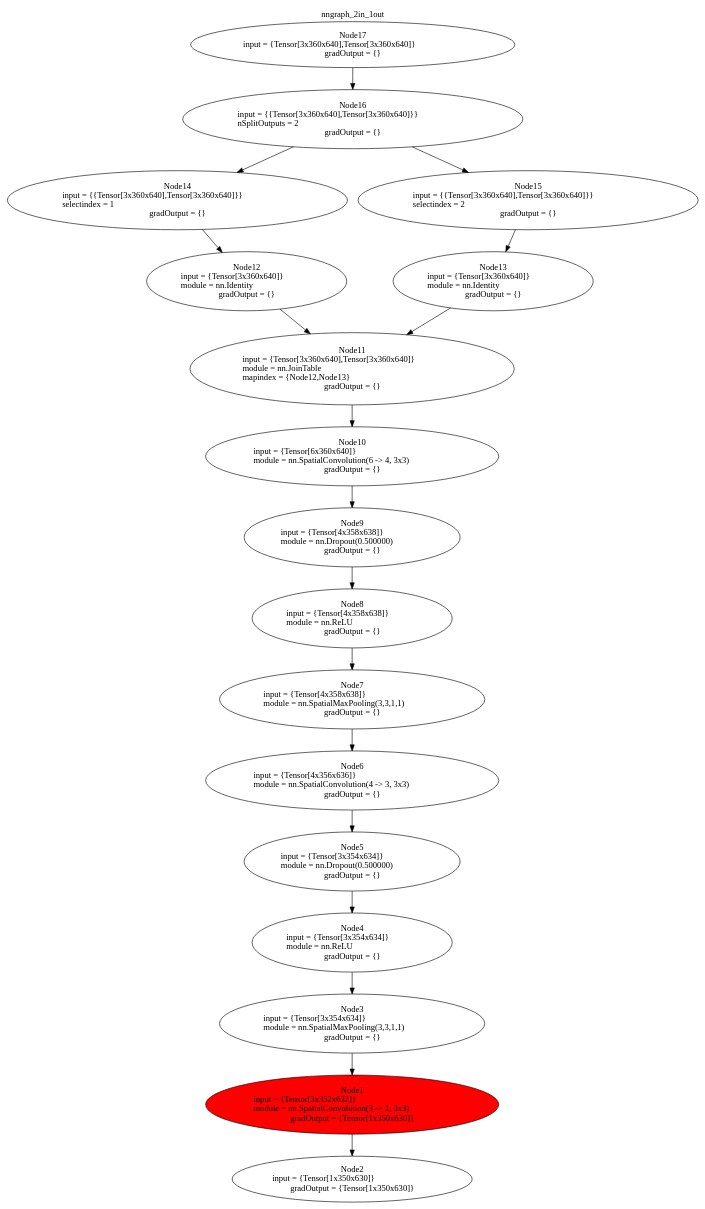
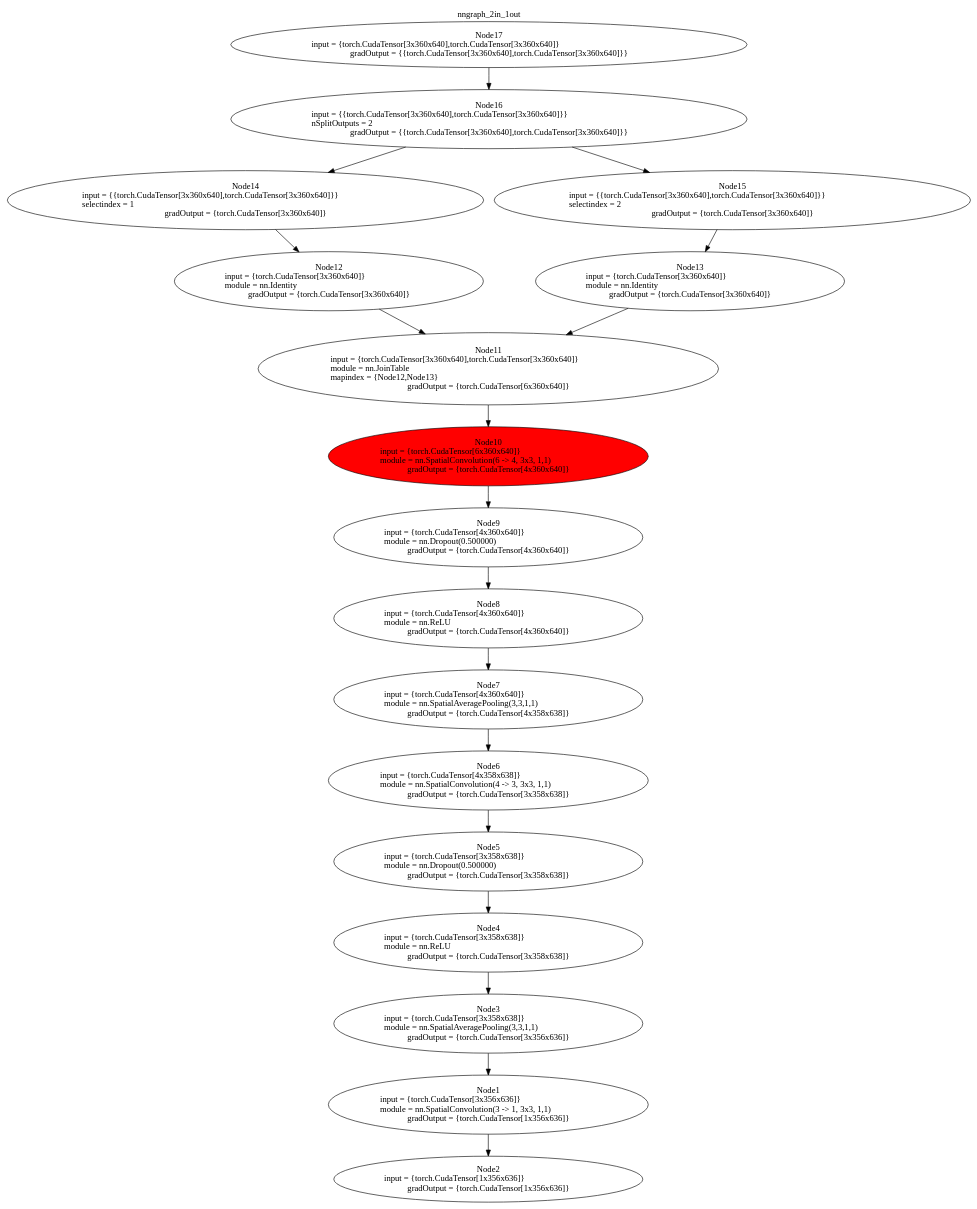
Before and after one commit to Hello1024/quadcopter: the diagram in vision/nngraph_2in_1out.dot, drawn with Graphviz. The commit also changed 6 other files, not shown here.

```diff
--- a/vision/nngraph_2in_1out.dot
+++ b/vision/nngraph_2in_1out.dot
@@ -1,40 +1,40 @@
 digraph G {
 labelloc="t";
 label="nngraph_2in_1out";
 node [shape = oval]; 
-n1[label="Node1\ninput = {Tensor[3x352x632]}\lmodule = nn.SpatialConvolution(3 -> 1, 3x3)\lgradOutput = {Tensor[1x350x630]}" tooltip="[./vision.lua]:24"];
-n2[label="Node2\ninput = {Tensor[1x350x630]}\lgradOutput = {Tensor[1x350x630]}" tooltip="[[C]]:-1"];
-n3[label="Node3\ninput = {Tensor[3x354x634]}\lmodule = nn.SpatialMaxPooling(3,3,1,1)\lgradOutput = {}" tooltip="[./vision.lua]:23"];
-n4[label="Node4\ninput = {Tensor[3x354x634]}\lmodule = nn.ReLU\lgradOutput = {}" tooltip="[./vision.lua]:23"];
-n5[label="Node5\ninput = {Tensor[3x354x634]}\lmodule = nn.Dropout(0.500000)\lgradOutput = {}" tooltip="[./vision.lua]:23"];
-n6[label="Node6\ninput = {Tensor[4x356x636]}\lmodule = nn.SpatialConvolution(4 -> 3, 3x3)\lgradOutput = {}" tooltip="[./vision.lua]:23"];
-n7[label="Node7\ninput = {Tensor[4x358x638]}\lmodule = nn.SpatialMaxPooling(3,3,1,1)\lgradOutput = {}" tooltip="[./vision.lua]:22"];
-n8[label="Node8\ninput = {Tensor[4x358x638]}\lmodule = nn.ReLU\lgradOutput = {}" tooltip="[./vision.lua]:22"];
-n9[label="Node9\ninput = {Tensor[4x358x638]}\lmodule = nn.Dropout(0.500000)\lgradOutput = {}" tooltip="[./vision.lua]:22"];
-n10[label="Node10\ninput = {Tensor[6x360x640]}\lmodule = nn.SpatialConvolution(6 -> 4, 3x3)\lgradOutput = {}" tooltip="[./vision.lua]:22"];
-n11[label="Node11\ninput = {Tensor[3x360x640],Tensor[3x360x640]}\lmodule = nn.JoinTable\lmapindex = {Node12,Node13}\lgradOutput = {}" tooltip="[./vision.lua]:21"];
-n12[label="Node12\ninput = {Tensor[3x360x640]}\lmodule = nn.Identity\lgradOutput = {}" tooltip="[./vision.lua]:19"];
-n13[label="Node13\ninput = {Tensor[3x360x640]}\lmodule = nn.Identity\lgradOutput = {}" tooltip="[./vision.lua]:20"];
-n14[label="Node14\ninput = {{Tensor[3x360x640],Tensor[3x360x640]}}\lselectindex = 1\lgradOutput = {}" tooltip="[[C]]:-1-1"];
-n15[label="Node15\ninput = {{Tensor[3x360x640],Tensor[3x360x640]}}\lselectindex = 2\lgradOutput = {}" tooltip="[[C]]:-1-2"];
-n16[label="Node16\ninput = {{Tensor[3x360x640],Tensor[3x360x640]}}\lnSplitOutputs = 2\lgradOutput = {}" tooltip="[[C]]:-1-mnode"];
-n17[label="Node17\ninput = {Tensor[3x360x640],Tensor[3x360x640]}\lgradOutput = {}" tooltip="[[C]]:-1"];
+n1[label="Node1\ninput = {torch.CudaTensor[3x356x636]}\lmodule = nn.SpatialConvolution(3 -> 1, 3x3, 1,1)\lgradOutput = {torch.CudaTensor[1x356x636]}" tooltip="[./vision-train.lua]:29"];
+n2[label="Node2\ninput = {torch.CudaTensor[1x356x636]}\lgradOutput = {torch.CudaTensor[1x356x636]}" tooltip="[[C]]:-1"];
+n3[label="Node3\ninput = {torch.CudaTensor[3x358x638]}\lmodule = nn.SpatialAveragePooling(3,3,1,1)\lgradOutput = {torch.CudaTensor[3x356x636]}" tooltip="[./vision-train.lua]:28"];
+n4[label="Node4\ninput = {torch.CudaTensor[3x358x638]}\lmodule = nn.ReLU\lgradOutput = {torch.CudaTensor[3x358x638]}" tooltip="[./vision-train.lua]:28"];
+n5[label="Node5\ninput = {torch.CudaTensor[3x358x638]}\lmodule = nn.Dropout(0.500000)\lgradOutput = {torch.CudaTensor[3x358x638]}" tooltip="[./vision-train.lua]:28"];
+n6[label="Node6\ninput = {torch.CudaTensor[4x358x638]}\lmodule = nn.SpatialConvolution(4 -> 3, 3x3, 1,1)\lgradOutput = {torch.CudaTensor[3x358x638]}" tooltip="[./vision-train.lua]:28"];
+n7[label="Node7\ninput = {torch.CudaTensor[4x360x640]}\lmodule = nn.SpatialAveragePooling(3,3,1,1)\lgradOutput = {torch.CudaTensor[4x358x638]}" tooltip="[./vision-train.lua]:27"];
+n8[label="Node8\ninput = {torch.CudaTensor[4x360x640]}\lmodule = nn.ReLU\lgradOutput = {torch.CudaTensor[4x360x640]}" tooltip="[./vision-train.lua]:27"];
+n9[label="Node9\ninput = {torch.CudaTensor[4x360x640]}\lmodule = nn.Dropout(0.500000)\lgradOutput = {torch.CudaTensor[4x360x640]}" tooltip="[./vision-train.lua]:27"];
+n10[label="Node10\ninput = {torch.CudaTensor[6x360x640]}\lmodule = nn.SpatialConvolution(6 -> 4, 3x3, 1,1)\lgradOutput = {torch.CudaTensor[4x360x640]}" tooltip="[./vision-train.lua]:27"];
+n11[label="Node11\ninput = {torch.CudaTensor[3x360x640],torch.CudaTensor[3x360x640]}\lmodule = nn.JoinTable\lmapindex = {Node12,Node13}\lgradOutput = {torch.CudaTensor[6x360x640]}" tooltip="[./vision-train.lua]:25"];
+n12[label="Node12\ninput = {torch.CudaTensor[3x360x640]}\lmodule = nn.Identity\lgradOutput = {torch.CudaTensor[3x360x640]}" tooltip="[./vision-train.lua]:23"];
+n13[label="Node13\ninput = {torch.CudaTensor[3x360x640]}\lmodule = nn.Identity\lgradOutput = {torch.CudaTensor[3x360x640]}" tooltip="[./vision-train.lua]:24"];
+n14[label="Node14\ninput = {{torch.CudaTensor[3x360x640],torch.CudaTensor[3x360x640]}}\lselectindex = 1\lgradOutput = {torch.CudaTensor[3x360x640]}" tooltip="[[C]]:-1-1"];
+n15[label="Node15\ninput = {{torch.CudaTensor[3x360x640],torch.CudaTensor[3x360x640]}}\lselectindex = 2\lgradOutput = {torch.CudaTensor[3x360x640]}" tooltip="[[C]]:-1-2"];
+n16[label="Node16\ninput = {{torch.CudaTensor[3x360x640],torch.CudaTensor[3x360x640]}}\lnSplitOutputs = 2\lgradOutput = {{torch.CudaTensor[3x360x640],torch.CudaTensor[3x360x640]}}" tooltip="[[C]]:-1-mnode"];
+n17[label="Node17\ninput = {torch.CudaTensor[3x360x640],torch.CudaTensor[3x360x640]}\lgradOutput = {{torch.CudaTensor[3x360x640],torch.CudaTensor[3x360x640]}}" tooltip="[[C]]:-1"];
 n1 -> n2;
 n3 -> n1;
 n4 -> n3;
 n5 -> n4;
 n6 -> n5;
 n7 -> n6;
 n8 -> n7;
 n9 -> n8;
 n10 -> n9;
 n11 -> n10;
 n12 -> n11;
 n13 -> n11;
 n14 -> n12;
 n15 -> n13;
 n16 -> n14;
 n16 -> n15;
 n17 -> n16;
-n1[style=filled, fillcolor=red];
+n10[style=filled, fillcolor=red];
 }
```
